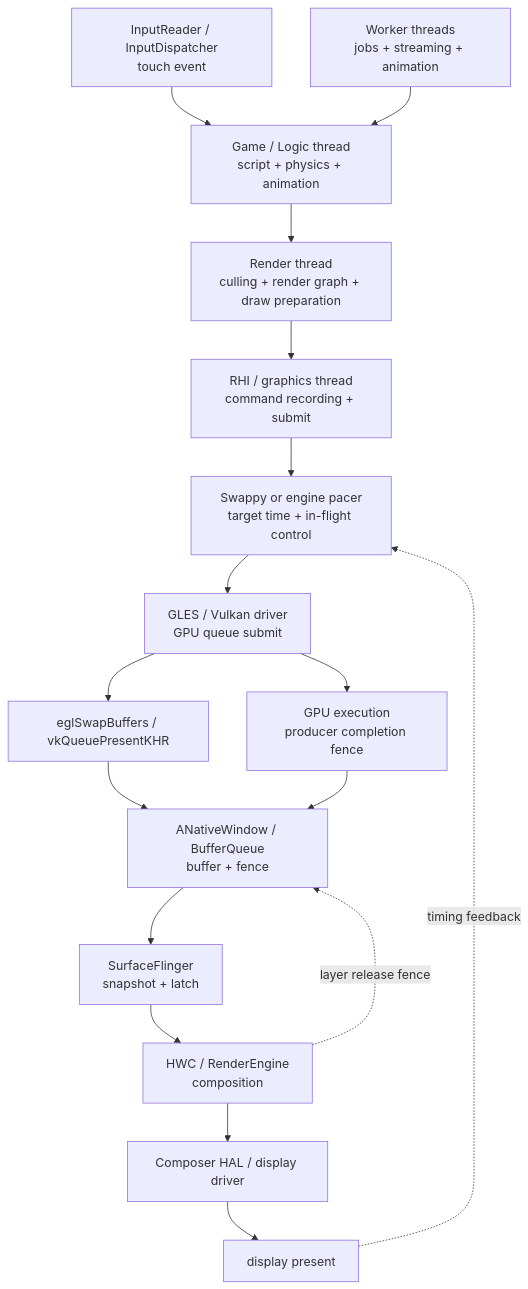
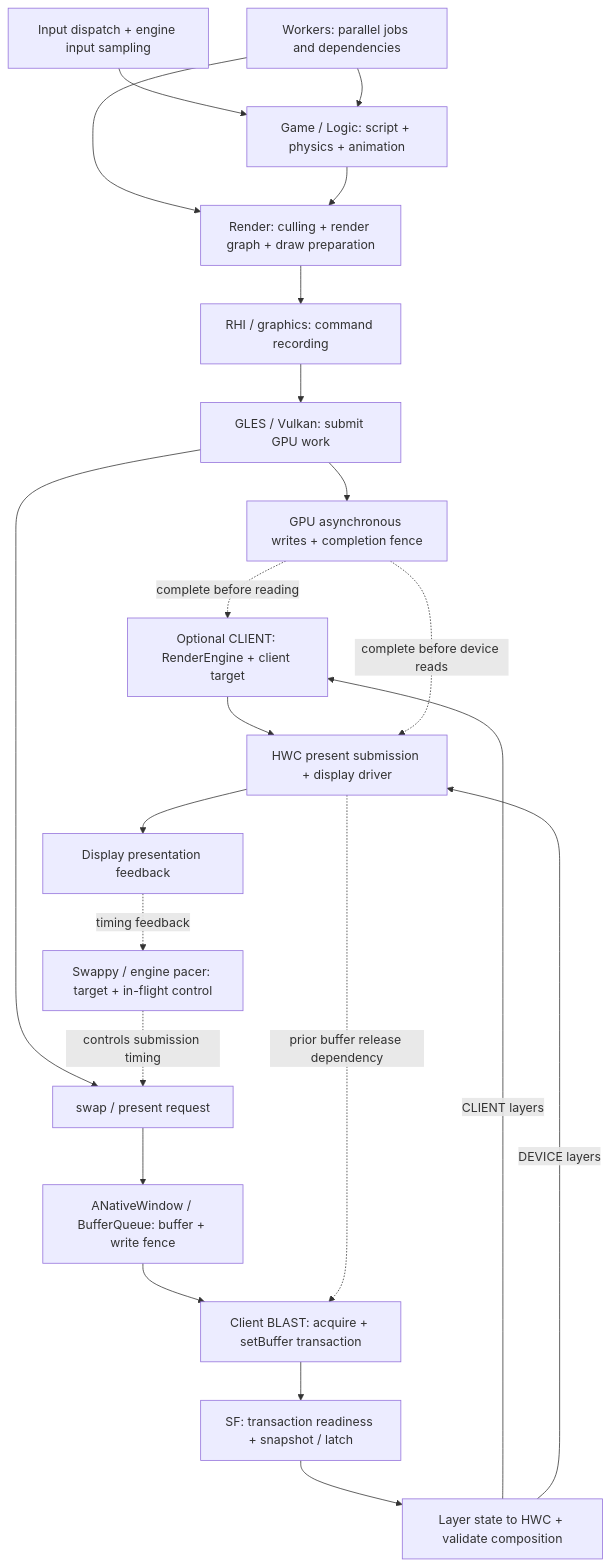
One commit to Gracker/android-internals-wiki changed the diagram in src/part2-performance/ch13-rendering-pipelines/12-game-engine.md. Above: the diagram before and after it, drawn with Mermaid. The commit also changed other lines of this file and 196 other files, not shown here.

````diff
--- a/src/part2-performance/ch13-rendering-pipelines/12-game-engine.md
+++ b/src/part2-performance/ch13-rendering-pipelines/12-game-engine.md
@@ -268,27 +267,33 @@
 ```mermaid
 flowchart TD
-    Input["InputReader / InputDispatcher<br/>touch event"]
-    Game["Game / Logic thread<br/>script + physics + animation"]
-    Workers["Worker threads<br/>jobs + streaming + animation"]
-    Render["Render thread<br/>culling + render graph + draw preparation"]
-    RHI["RHI / graphics thread<br/>command recording + submit"]
-    Pacer["Swappy or engine pacer<br/>target time + in-flight control"]
-    API["GLES / Vulkan driver<br/>GPU queue submit"]
-    GPU["GPU execution<br/>producer completion fence"]
-    Swap["eglSwapBuffers / vkQueuePresentKHR"]
-    BQ["ANativeWindow / BufferQueue<br/>buffer + fence"]
-    SF["SurfaceFlinger<br/>snapshot + latch"]
-    Compose["HWC / RenderEngine<br/>composition"]
-    Driver["Composer HAL / display driver"]
-    Present["display present"]
-
+    Input["Input dispatch + engine input sampling"]
+    Game["Game / Logic: script + physics + animation"]
+    Workers["Workers: parallel jobs and dependencies"]
+    Render["Render: culling + render graph + draw preparation"]
+    RHI["RHI / graphics: command recording"]
+    API["GLES / Vulkan: submit GPU work"]
+    GPU["GPU asynchronous writes + completion fence"]
+    Pacer["Swappy / engine pacer: target + in-flight control"]
+    Swap["swap / present request"]
+    BQ["ANativeWindow / BufferQueue: buffer + write fence"]
+    BLAST["Client BLAST: acquire + setBuffer transaction"]
+    SF["SF: transaction readiness + snapshot / latch"]
+    HWC["Layer state to HWC + validate composition"]
+    RE["Optional CLIENT: RenderEngine + client target"]
+    Driver["HWC present submission + display driver"]
+    Present["Display presentation feedback"]
     Input --> Game
     Workers --> Game
-    Game --> Render --> RHI --> Pacer --> API
+    Workers --> Render
+    Game --> Render --> RHI --> API
     API --> GPU
-    API --> Swap --> BQ
-    GPU --> BQ
-    BQ --> SF --> Compose --> Driver --> Present
+    API --> Swap --> BQ --> BLAST --> SF --> HWC
+    Pacer -. controls submission timing .-> Swap
+    HWC -->|CLIENT layers| RE --> Driver
+    HWC -->|DEVICE layers| Driver
+    GPU -. complete before reading .-> RE
+    GPU -. complete before device reads .-> Driver
+    Driver --> Present
     Present -. timing feedback .-> Pacer
-    Compose -. layer release fence .-> BQ
+    Driver -. prior buffer release dependency .-> BLAST
 ```
````
